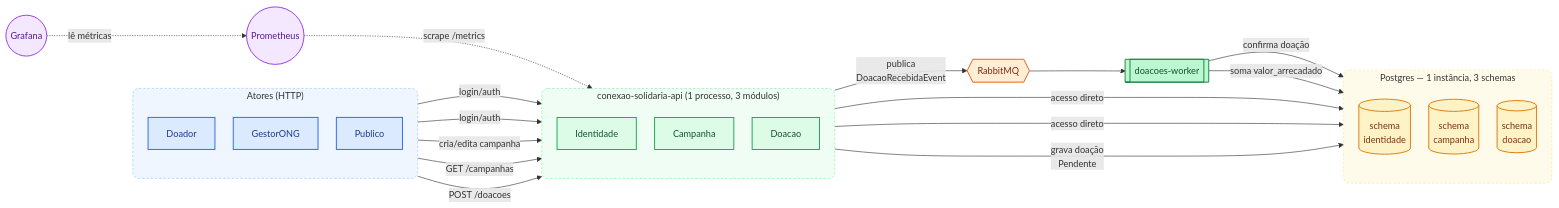
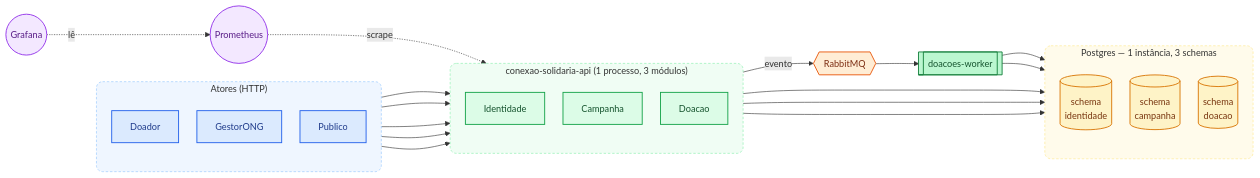
One commit to 11NETTG30/FIAP-Conexao-Solidaria changed the diagram in docs/conexao-solidaria/ARQUITETURA.md. Above: the diagram before and after it, drawn with Mermaid. The commit also changed 2 other files, not shown here.

Commit message:
docs: simplifica rótulos das setas do diagrama de arquitetura
Depois de detalhar os módulos internos da API e os schemas do Postgres,
as setas ficaram com texto demais (login/auth, GET /campanhas, POST
/doacoes, grava doação Pendente, confirma doação, soma valor_arrecadado
etc.), poluindo a leitura visual do fluxo entre as caixas.

Removidos os rótulos onde a relação já é óbvia pelo nome das próprias
caixas (ator -> módulo, módulo -> schema); mantido só o que não é óbvio:
"evento" na seta que sai do módulo Doacao pro RabbitMQ, e "scrape"/"lê"
nas setas de observabilidade. Nenhuma caixa, seta ou agrupamento foi
removido, só o texto das setas.

Claude-Session: https://claude.ai/code/session_01RLMFnPQTacBVFhCbSG5afN

````diff
--- a/docs/conexao-solidaria/ARQUITETURA.md
+++ b/docs/conexao-solidaria/ARQUITETURA.md
@@ -50,60 +50,60 @@
 ```mermaid
 %%{init: {"flowchart": {"htmlLabels": true, "curve": "basis", "nodeSpacing": 30, "rankSpacing": 70}, "themeVariables": {"fontFamily": "Helvetica, Arial, sans-serif", "fontSize": "15px"}} }%%
 flowchart LR
   subgraph Atores["Atores (HTTP)"]
     direction TB
     Doador
     GestorONG[GestorONG]
     Publico[Publico]
   end
 
   subgraph API["conexao-solidaria-api (1 processo, 3 módulos)"]
     direction TB
     Identidade[Identidade]
     Campanha[Campanha]
     Doacao[Doacao]
   end
 
   subgraph DB["Postgres — 1 instância, 3 schemas"]
     direction TB
     SchemaIdentidade[("schema<br/>identidade")]
     SchemaCampanha[("schema<br/>campanha")]
     SchemaDoacao[("schema<br/>doacao")]
   end
 
-  Doador -->|"login/auth"| Identidade
-  GestorONG -->|"login/auth"| Identidade
-  GestorONG -->|"cria/edita campanha"| Campanha
-  Publico -->|"GET /campanhas"| Campanha
-  Doador -->|"POST /doacoes"| Doacao
+  Doador --> Identidade
+  GestorONG --> Identidade
+  GestorONG --> Campanha
+  Publico --> Campanha
+  Doador --> Doacao
 
-  Identidade -->|"acesso direto"| SchemaIdentidade
-  Campanha -->|"acesso direto"| SchemaCampanha
-  Doacao -->|"grava doação<br/>Pendente"| SchemaDoacao
+  Identidade --> SchemaIdentidade
+  Campanha --> SchemaCampanha
+  Doacao --> SchemaDoacao
 
-  Doacao -->|"publica<br/>DoacaoRecebidaEvent"| Fila{{RabbitMQ}}
+  Doacao -->|evento| Fila{{RabbitMQ}}
   Fila --> Worker[["doacoes-worker"]]
-  Worker -->|"confirma doação"| SchemaDoacao
-  Worker -->|"soma valor_arrecadado"| SchemaCampanha
+  Worker --> SchemaDoacao
+  Worker --> SchemaCampanha
 
-  Prometheus((Prometheus)) -.->|"scrape /metrics"| API
-  Grafana((Grafana)) -.->|"lê métricas"| Prometheus
+  Prometheus((Prometheus)) -.->|scrape| API
+  Grafana((Grafana)) -.->|lê| Prometheus
 
   classDef ator fill:#dbeafe,stroke:#2563eb,stroke-width:1.5px,color:#1e3a8a
   classDef modulo fill:#dcfce7,stroke:#16a34a,stroke-width:1.5px,color:#14532d
   classDef worker fill:#bbf7d0,stroke:#15803d,stroke-width:1.5px,color:#14532d
   classDef fila fill:#ffedd5,stroke:#ea580c,stroke-width:1.5px,color:#7c2d12
   classDef dados fill:#fef3c7,stroke:#d97706,stroke-width:1.5px,color:#78350f
   classDef obs fill:#f3e8ff,stroke:#9333ea,stroke-width:1.5px,color:#581c87
 
   class Doador,GestorONG,Publico ator
   class Identidade,Campanha,Doacao modulo
   class Worker worker
   class Fila fila
   class SchemaIdentidade,SchemaCampanha,SchemaDoacao dados
   class Prometheus,Grafana obs
 
   style Atores fill:#eff6ff,stroke:#93c5fd,stroke-width:1px,stroke-dasharray: 4 3,rx:10,ry:10
   style API fill:#f0fdf4,stroke:#86efac,stroke-width:1px,stroke-dasharray: 4 3,rx:10,ry:10
   style DB fill:#fffbeb,stroke:#fde68a,stroke-width:1px,stroke-dasharray: 4 3,rx:10,ry:10
 ```
````
